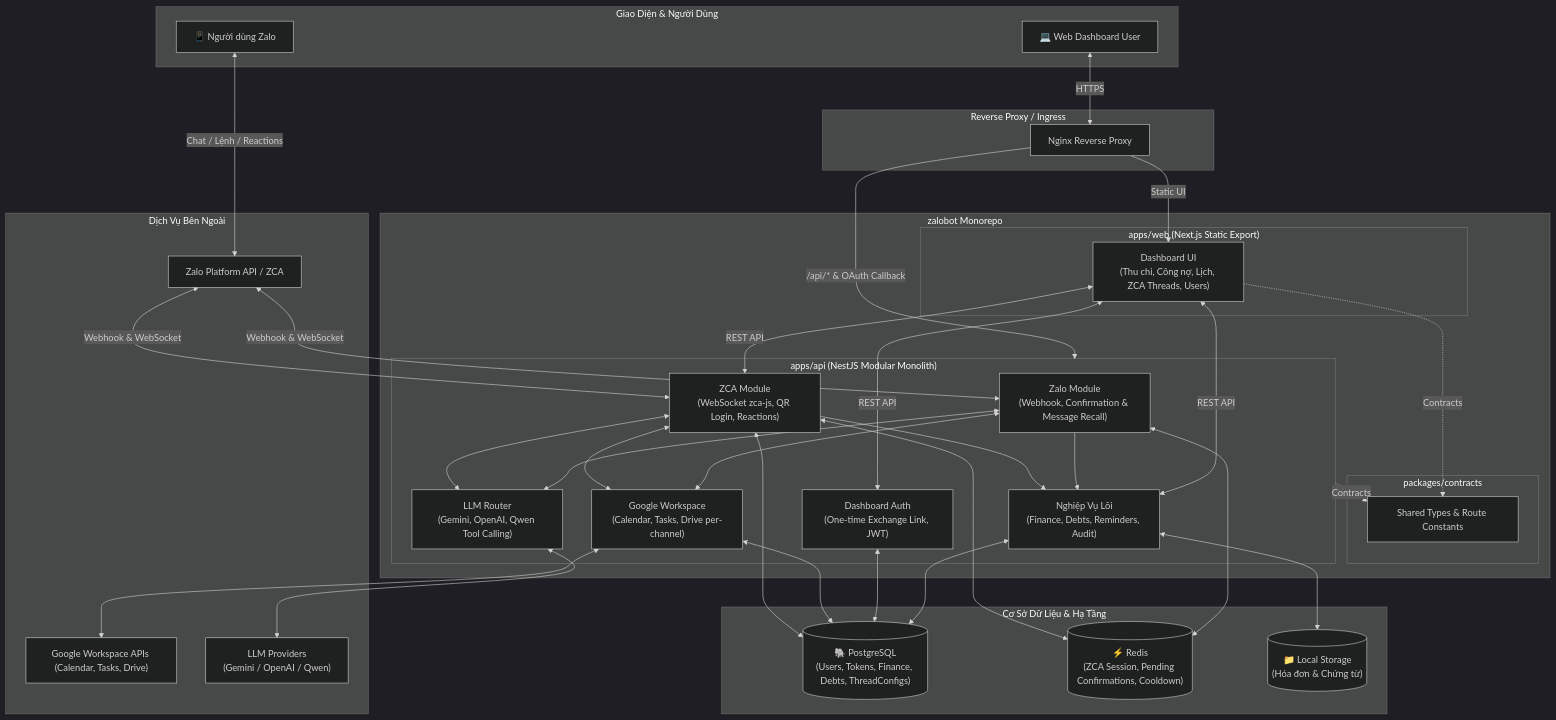
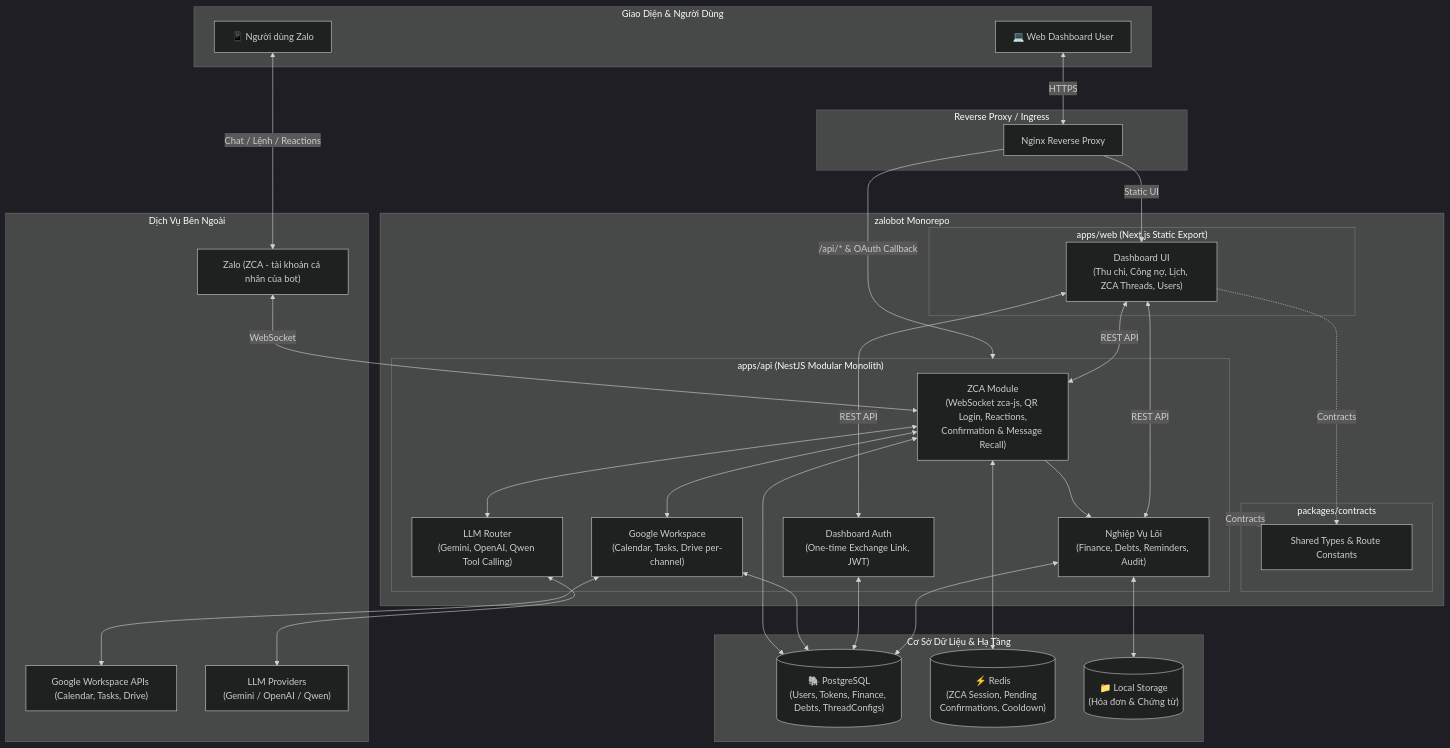
One commit to dat-dv/zalo-bot changed the diagram in README.md. Above: the diagram before and after it, drawn with Mermaid (dark theme). The commit also changed other lines of this file and 216 other files, not shown here.

First line of the commit message:
refactor(api): drop the official Zalo Bot webhook and run the bot on ZCA only

````diff
--- a/README.md
+++ b/README.md
@@ -9,71 +9,70 @@
 ```mermaid
 flowchart TB
     subgraph Clients["Giao Diện & Người Dùng"]
         ZUser["📱 Người dùng Zalo"]
         WUser["💻 Web Dashboard User"]
     end
 
     subgraph Gateway["Reverse Proxy / Ingress"]
         RP["Nginx Reverse Proxy"]
     end
 
     subgraph Monorepo["zalobot Monorepo"]
         subgraph Web["apps/web (Next.js Static Export)"]
             Dashboard["Dashboard UI\n(Thu chi, Công nợ, Lịch, ZCA Threads, Users)"]
         end
 
         subgraph Contracts["packages/contracts"]
             Shared["Shared Types & Route Constants"]
         end
 
         subgraph API["apps/api (NestJS Modular Monolith)"]
-            ZaloMod["Zalo Module\n(Webhook, Confirmation & Message Recall)"]
-            ZcaMod["ZCA Module\n(WebSocket zca-js, QR Login, Reactions)"]
+            ZcaMod["ZCA Module\n(WebSocket zca-js, QR Login, Reactions,\nConfirmation & Message Recall)"]
             AuthMod["Dashboard Auth\n(One-time Exchange Link, JWT)"]
             BizMod["Nghiệp Vụ Lõi\n(Finance, Debts, Reminders, Audit)"]
             LLMMod["LLM Router\n(Gemini, OpenAI, Qwen Tool Calling)"]
             GoogleMod["Google Workspace\n(Calendar, Tasks, Drive per-channel)"]
         end
     end
 
     subgraph Storage["Cơ Sở Dữ Liệu & Hạ Tầng"]
         PG[("🐘 PostgreSQL\n(Users, Tokens, Finance, Debts, ThreadConfigs)")]
         Redis[("⚡ Redis\n(ZCA Session, Pending Confirmations, Cooldown)")]
         ReceiptStore[("📁 Local Storage\n(Hóa đơn & Chứng từ)")]
     end
 
     subgraph External["Dịch Vụ Bên Ngoài"]
-        ZaloAPI["Zalo Platform API / ZCA"]
+        ZaloAPI["Zalo (ZCA - tài khoản cá nhân của bot)"]
         GoogleAPI["Google Workspace APIs (Calendar, Tasks, Drive)"]
         LLMAPI["LLM Providers\n(Gemini / OpenAI / Qwen)"]
     end
 
     %% Client flows
     ZUser <-->|"Chat / Lệnh / Reactions"| ZaloAPI
-    ZaloAPI <-->|"Webhook & WebSocket"| ZaloMod & ZcaMod
+    ZaloAPI <-->|"WebSocket"| ZcaMod
     WUser <-->|"HTTPS"| RP
 
     %% Proxy routing
     RP -->|"Static UI"| Dashboard
     RP -->|"/api/* & OAuth Callback"| API
 
     %% Internal shared
     Dashboard -.->|"Contracts"| Shared
     API -.->|"Contracts"| Shared
     Dashboard <-->|"REST API"| AuthMod & BizMod & ZcaMod
 
     %% Backend processing
-    ZaloMod & ZcaMod --> BizMod
-    ZaloMod & ZcaMod <--> LLMMod
-    ZaloMod & ZcaMod <--> GoogleMod
+    ZcaMod --> BizMod
+    ZcaMod <--> LLMMod
+    ZcaMod <--> GoogleMod
     LLMMod <--> LLMAPI
     GoogleMod <--> GoogleAPI
 
     %% Storage mapping
     BizMod <--> PG
     AuthMod <--> PG
     GoogleMod <--> PG
     ZcaMod <--> PG
-    ZaloMod & ZcaMod <--> Redis
+    ZcaMod <--> Redis
     BizMod <--> ReceiptStore
 ```
````
